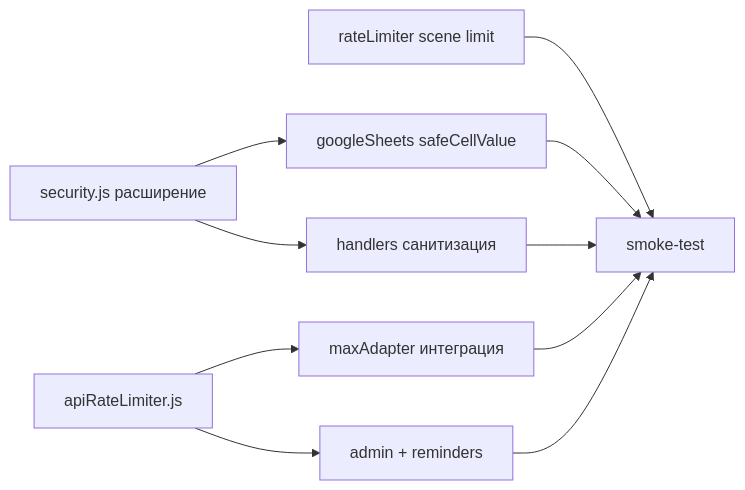
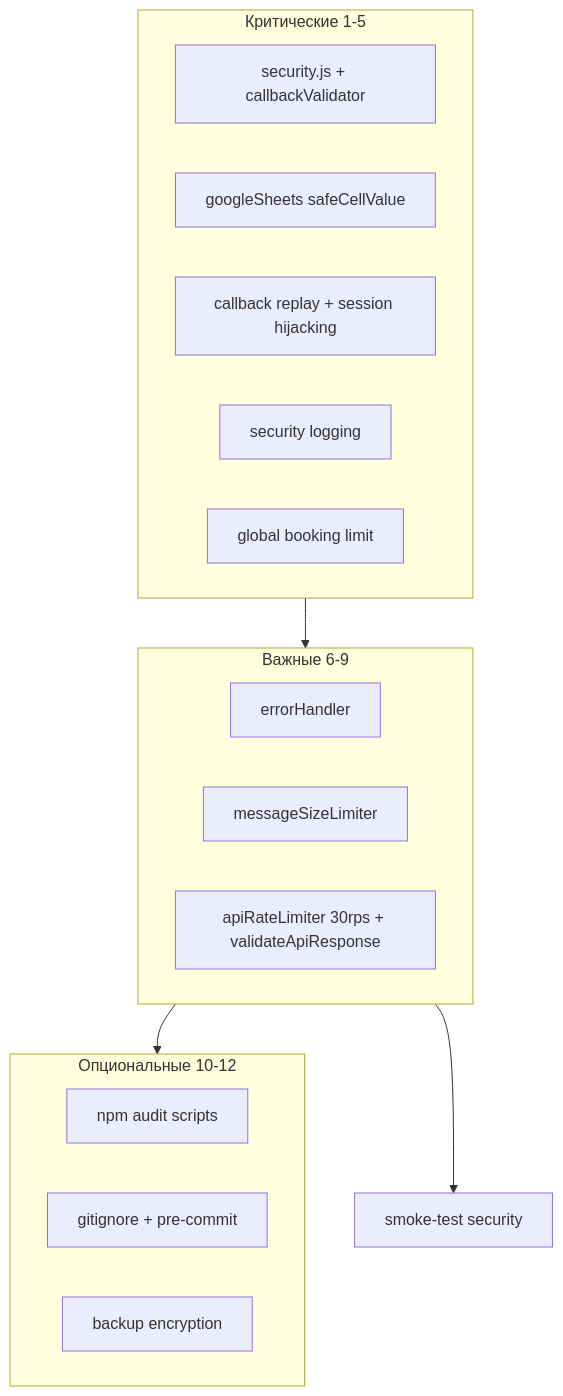
Before and after one commit to Gana74/maxbotBarber: the second of 2 diagrams in .cursor/plans/security_hardening_max_b8ac08e3.plan.md, drawn with Mermaid. The commit also changed other lines of this file and 31 other files, not shown here.

````diff
--- a/.cursor/plans/security_hardening_max_b8ac08e3.plan.md
+++ b/.cursor/plans/security_hardening_max_b8ac08e3.plan.md
@@ -188,12 +410,22 @@
 ```mermaid
-flowchart LR
-  A[security.js расширение] --> B[googleSheets safeCellValue]
-  A --> C[handlers санитизация]
-  D[apiRateLimiter.js] --> E[maxAdapter интеграция]
-  D --> F[admin + reminders]
-  G[rateLimiter scene limit] --> H[smoke-test]
-  B --> H
-  C --> H
-  E --> H
-  F --> H
+flowchart TB
+  subgraph critical [Критические 1-5]
+    S[security.js + callbackValidator]
+    GS[googleSheets safeCellValue]
+    CB[callback replay + session hijacking]
+    LOG[security logging]
+    GB[global booking limit]
+  end
+  subgraph important [Важные 6-9]
+    EH[errorHandler]
+    MS[messageSizeLimiter]
+    API[apiRateLimiter 30rps + validateApiResponse]
+  end
+  subgraph optional [Опциональные 10-12]
+    AUDIT[npm audit scripts]
+    ENV[gitignore + pre-commit]
+    BKP[backup encryption]
+  end
+  critical --> important --> optional
+  important --> ST[smoke-test security]
 ```
````
